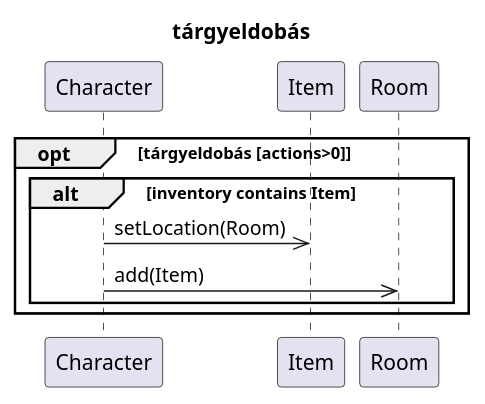
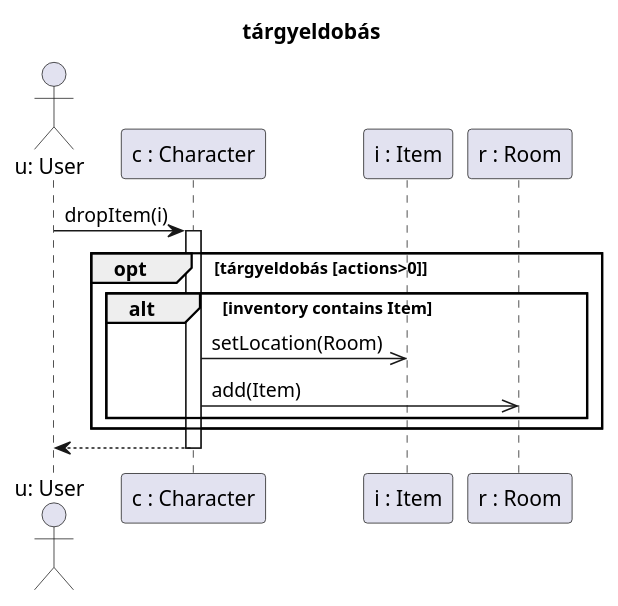
The first of 2 diagrams in diagramms/src/drop_pickup.puml (kipolaris/skyrimscriptsuttogok), drawn with PlantUML before and after one commit. The commit also changed 4 other files, not shown here.

Commit message:
continued fixing diagrams

```diff
--- a/diagramms/src/drop_pickup.puml
+++ b/diagramms/src/drop_pickup.puml
@@ -1,16 +1,20 @@
 @startuml drop
 
 Title tárgyeldobás
 
-participant Character as char
-participant Item as t
-participant Room as sz
+actor "u: User" as u
+participant "c : Character" as char
+participant "i : Item" as t
+participant "r : Room" as sz
+
+u->char ++: dropItem(i)
 
 opt tárgyeldobás [actions>0]
     alt inventory contains Item
         char->>t : setLocation(Room)
         char->>sz : add(Item)
     end
 end
+char-->u --:
 
 @enduml
```
